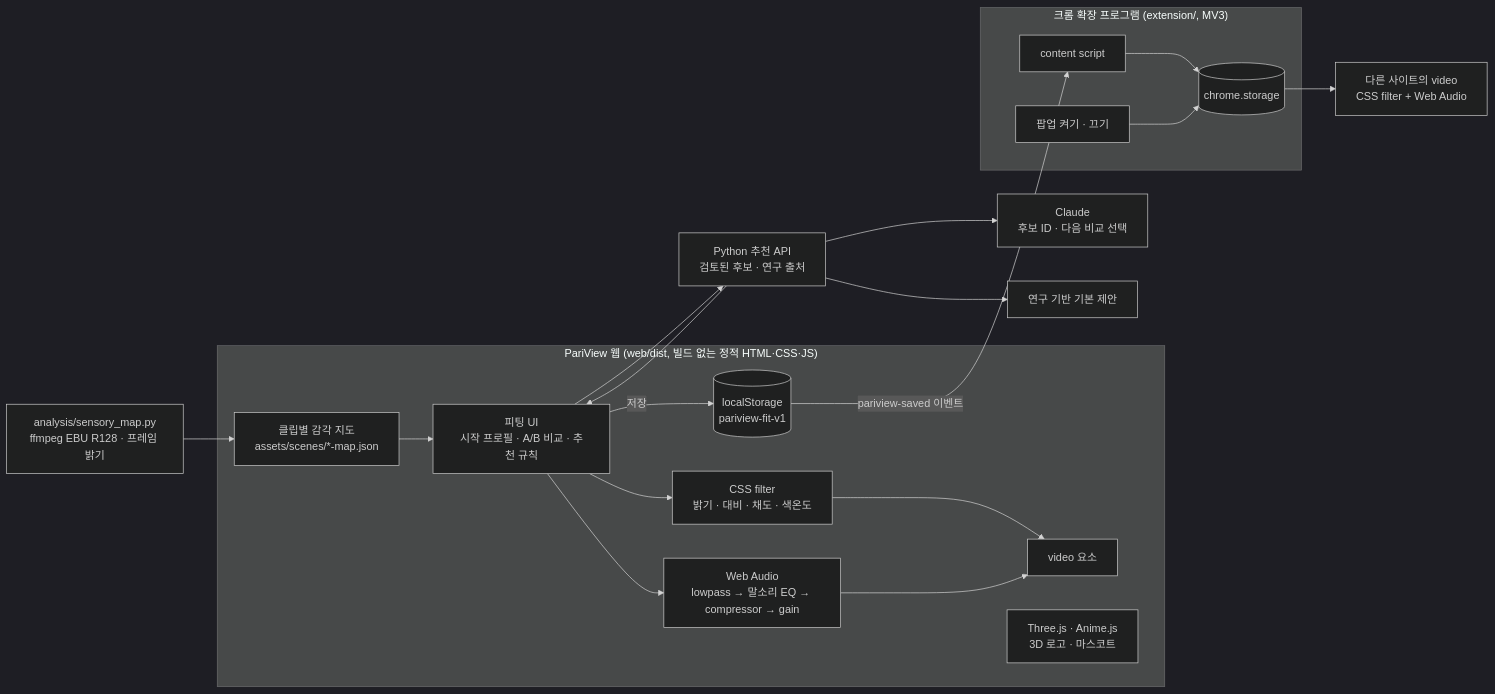
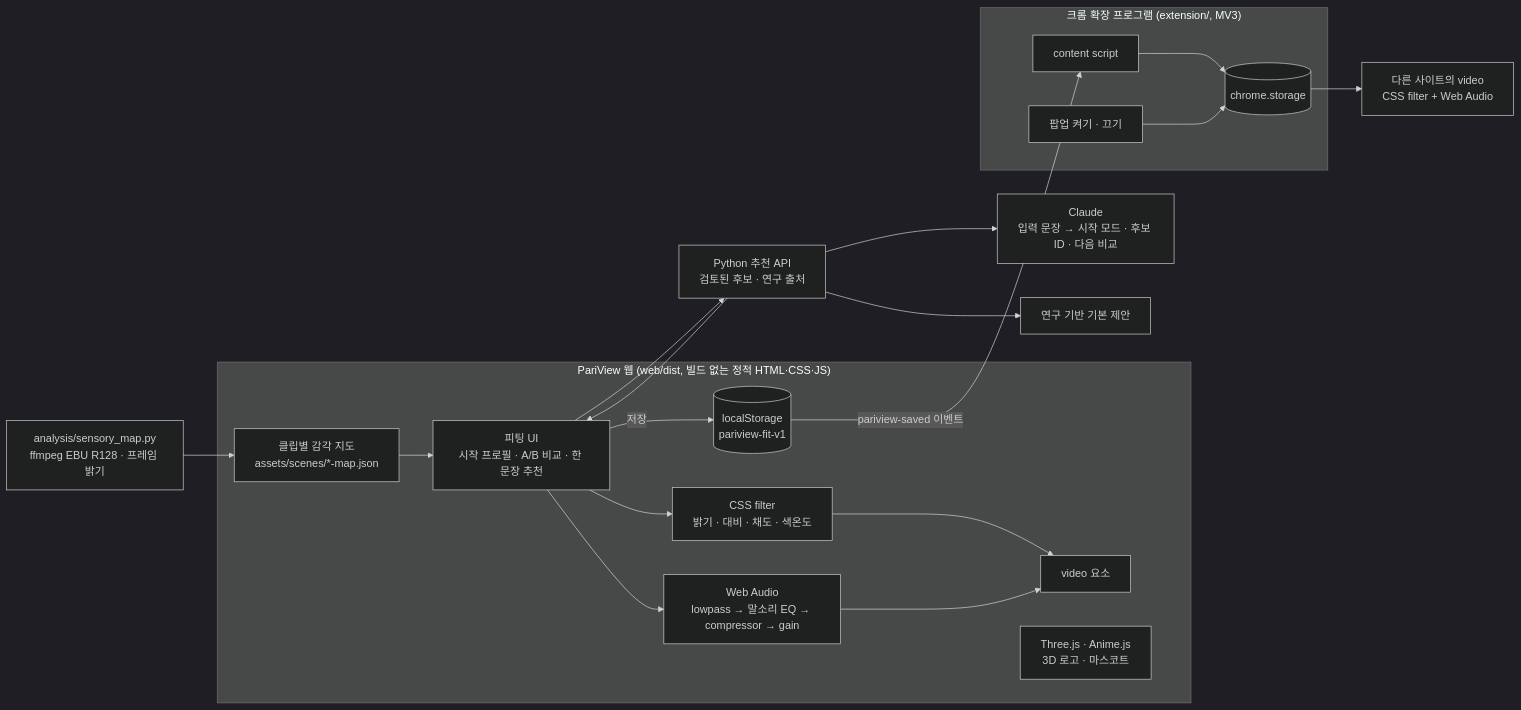
One commit to ryeong03/pariview changed the diagram in README.md. Above: the diagram before and after it, drawn with Mermaid (dark theme). The commit also changed other lines of this file and 16 other files, not shown here.

````diff
--- a/README.md
+++ b/README.md
@@ -60,29 +62,29 @@
 ```mermaid
 flowchart LR
   subgraph Web["PariView 웹 (web/dist, 빌드 없는 정적 HTML·CSS·JS)"]
-    UI["피팅 UI<br>시작 프로필 · A/B 비교 · 추천 규칙"]
+    UI["피팅 UI<br>시작 프로필 · A/B 비교 · 한 문장 추천"]
     V["video 요소"]
     F["CSS filter<br>밝기 · 대비 · 채도 · 색온도"]
     A["Web Audio<br>lowpass → 말소리 EQ → compressor → gain"]
     M["클립별 감각 지도<br>assets/scenes/*-map.json"]
     S[("localStorage<br>pariview-fit-v1")]
     G["Three.js · Anime.js<br>3D 로고 · 마스코트"]
     UI --> F --> V
     UI --> A --> V
     UI -- 저장 --> S
     M --> UI
   end
   subgraph Ext["크롬 확장 프로그램 (extension/, MV3)"]
     CS["content script"]
     CST[("chrome.storage")]
     P["팝업 켜기 · 끄기"]
   end
   S -- "pariview-saved 이벤트" --> CS --> CST
   CST --> O["다른 사이트의 video<br>CSS filter + Web Audio"]
   P --> CST
   AN["analysis/sensory_map.py<br>ffmpeg EBU R128 · 프레임 밝기"] --> M
   UI --> API["Python 추천 API<br>검토된 후보 · 연구 출처"]
-  API --> Claude["Claude<br>후보 ID · 다음 비교 선택"]
+  API --> Claude["Claude<br>입력 문장 → 시작 모드 · 후보 ID · 다음 비교"]
   API --> Default["연구 기반 기본 제안"]
   API --> UI
 ```
````
